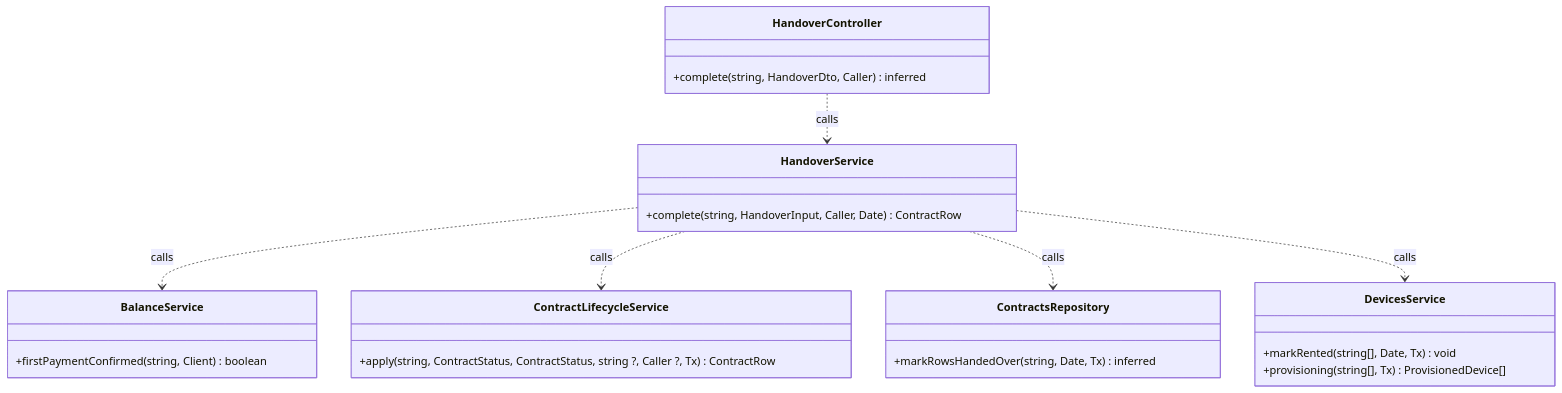
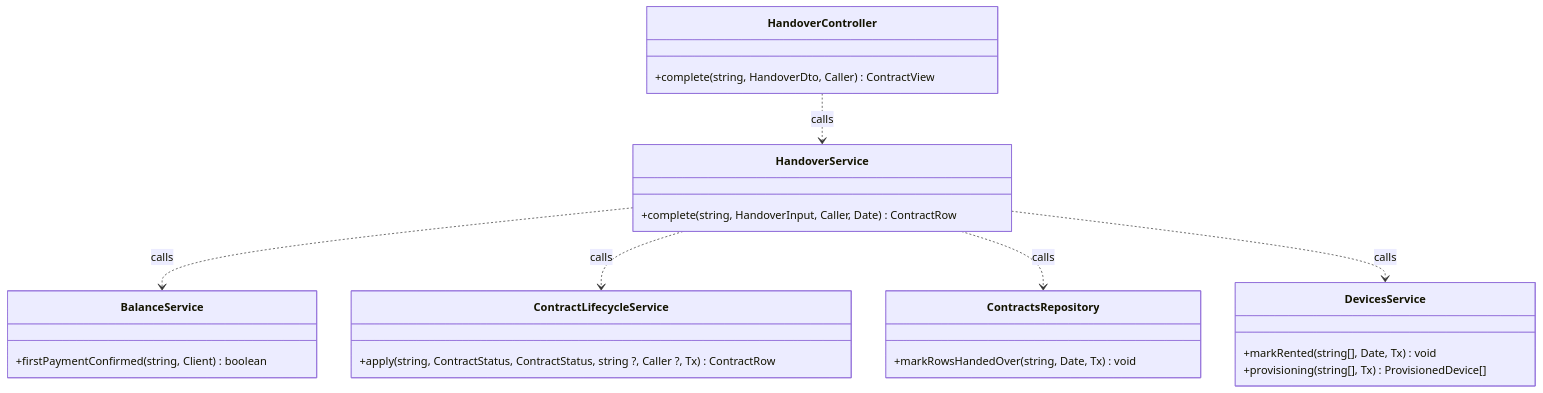
Before and after one commit to TrekLink-Team/treklink-web: the seventh of 29 diagrams in specs/rentals/design.md, drawn with Mermaid. The commit also changed other lines of this file and 2 other files, not shown here.

````diff
--- a/specs/rentals/design.md
+++ b/specs/rentals/design.md
@@ -307,28 +307,28 @@
 ```mermaid
 classDiagram
     direction TB
     class HandoverController {
-        +complete(string, HandoverDto, Caller) inferred
+        +complete(string, HandoverDto, Caller) ContractView
     }
     class HandoverService {
         +complete(string, HandoverInput, Caller, Date) ContractRow
     }
     class ContractLifecycleService {
         +apply(string, ContractStatus, ContractStatus, string ?, Caller ?, Tx) ContractRow
     }
     class BalanceService {
         +firstPaymentConfirmed(string, Client) boolean
     }
     class DevicesService {
         +markRented(string[], Date, Tx) void
         +provisioning(string[], Tx) ProvisionedDevice[]
     }
     class ContractsRepository {
-        +markRowsHandedOver(string, Date, Tx) inferred
+        +markRowsHandedOver(string, Date, Tx) void
     }
     HandoverController ..> HandoverService : calls
     HandoverService ..> BalanceService : calls
     HandoverService ..> ContractLifecycleService : calls
     HandoverService ..> ContractsRepository : calls
     HandoverService ..> DevicesService : calls
 ```
````
